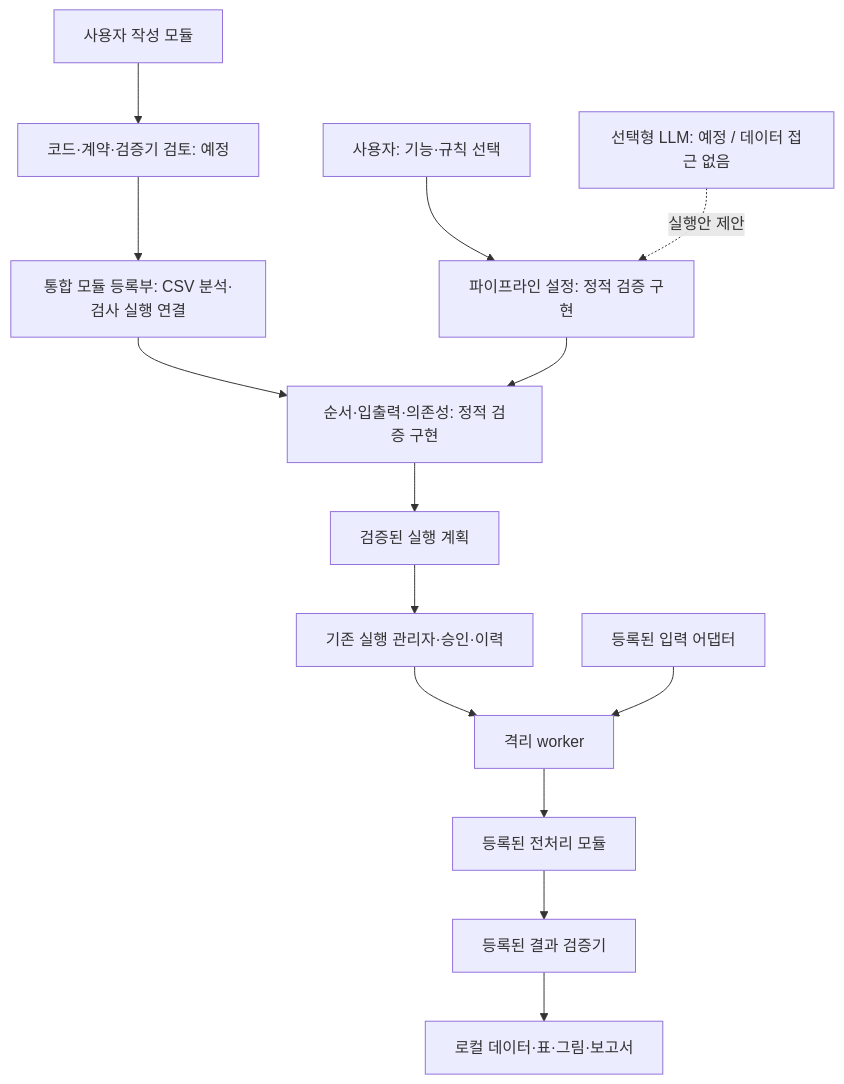
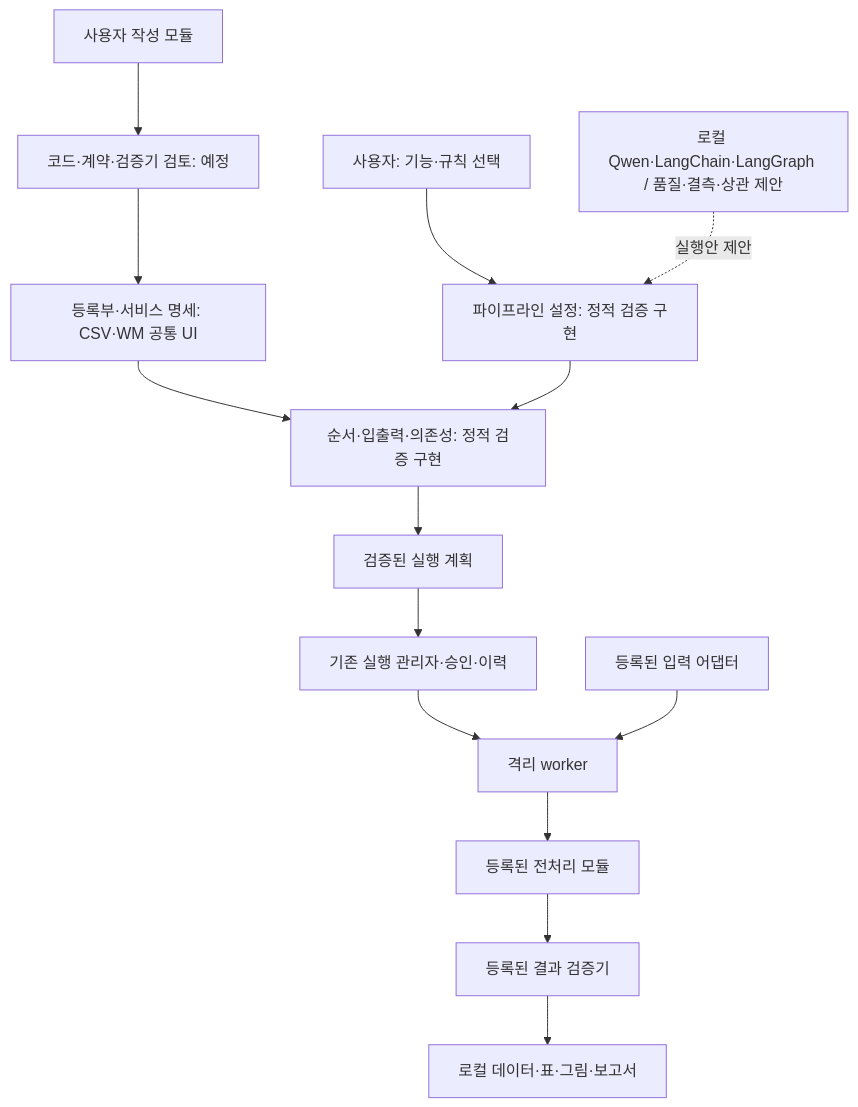
The second of 2 diagrams in docs/agents/ARCHITECTURE.md (didgustmd23/waferguard), drawn with Mermaid before and after one commit. The commit also changed other lines of this file and 111 other files, not shown here.

````diff
--- a/docs/agents/ARCHITECTURE.md
+++ b/docs/agents/ARCHITECTURE.md
@@ -54,16 +57,16 @@
 ```mermaid
 flowchart TD
     U[사용자: 기능·규칙 선택] --> CFG[파이프라인 설정: 정적 검증 구현]
-    L[선택형 LLM: 예정 / 데이터 접근 없음] -. 실행안 제안 .-> CFG
-    REG[통합 모듈 등록부: CSV 분석·검사 실행 연결] --> CHECK[순서·입출력·의존성: 정적 검증 구현]
+    L[로컬 Qwen·LangChain·LangGraph / 품질·결측·상관 제안] -. 실행안 제안 .-> CFG
+    REG[등록부·서비스 명세: CSV·WM 공통 UI] --> CHECK[순서·입출력·의존성: 정적 검증 구현]
     CFG --> CHECK
     CHECK --> PLAN[검증된 실행 계획]
     PLAN --> EXEC[기존 실행 관리자·승인·이력]
     EXEC --> WORK[격리 worker]
     AD[등록된 입력 어댑터] --> WORK
     WORK --> MOD[등록된 전처리 모듈]
     MOD --> VAL[등록된 결과 검증기]
     VAL --> OUT[로컬 데이터·표·그림·보고서]
     CUSTOM[사용자 작성 모듈] --> REVIEW[코드·계약·검증기 검토: 예정]
     REVIEW --> REG
 ```
````
